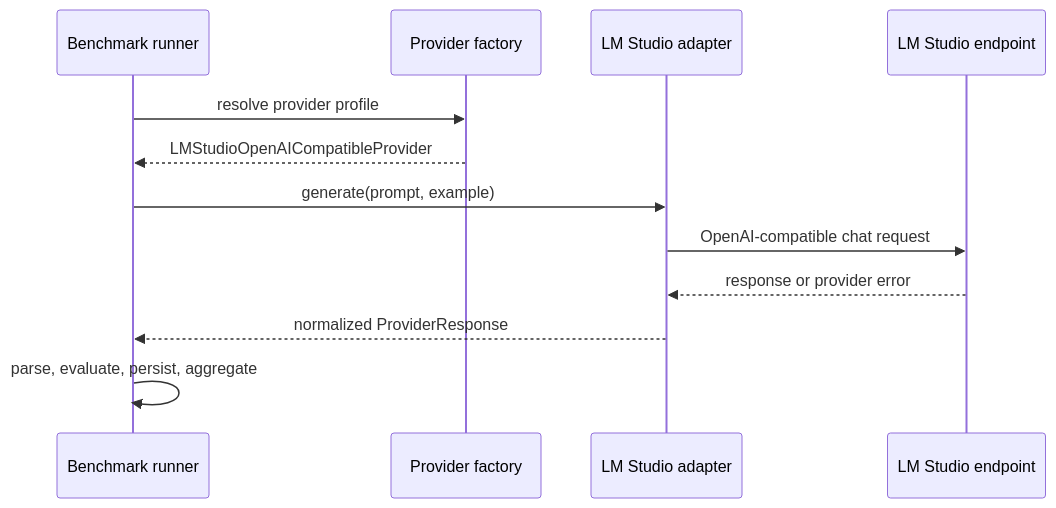
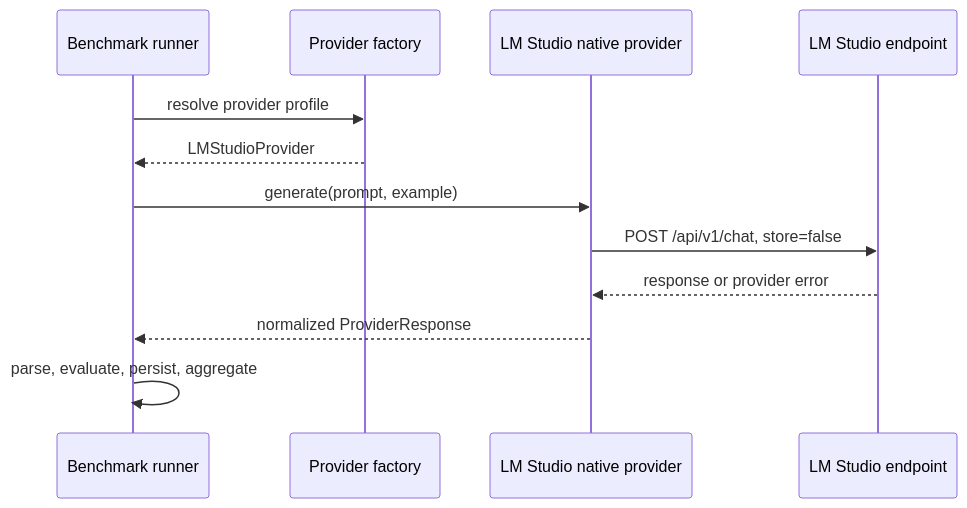
One commit to ataozalpp/llm-benchmark changed the third of 3 diagrams in docs/architecture.md. Above: the diagram before and after it, drawn with Mermaid. The commit also changed other lines of this file and 13 other files, not shown here.

Commit message:
Add LM Studio local model provider

````diff
--- a/docs/architecture.md
+++ b/docs/architecture.md
@@ -93,14 +94,14 @@
 ```mermaid
 sequenceDiagram
     participant R as Benchmark runner
     participant F as Provider factory
-    participant A as LM Studio adapter
+    participant A as LM Studio native provider
     participant L as LM Studio endpoint
     R->>F: resolve provider profile
-    F-->>R: LMStudioOpenAICompatibleProvider
+    F-->>R: LMStudioProvider
     R->>A: generate(prompt, example)
-    A->>L: OpenAI-compatible chat request
+    A->>L: POST /api/v1/chat, store=false
     L-->>A: response or provider error
     A-->>R: normalized ProviderResponse
     R->>R: parse, evaluate, persist, aggregate
 ```
````
